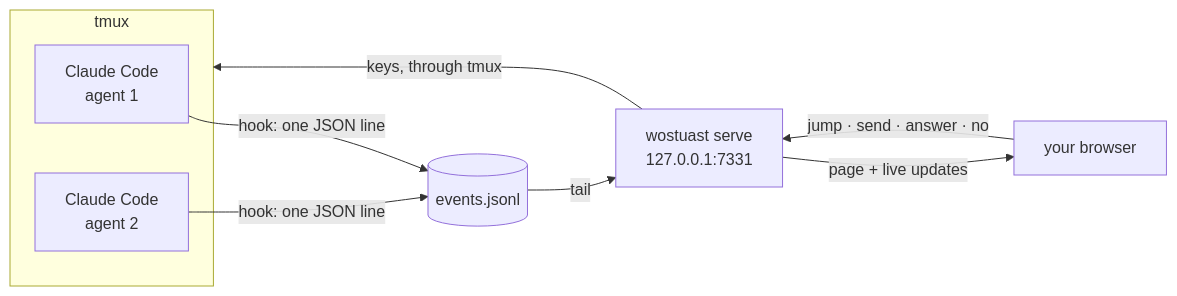
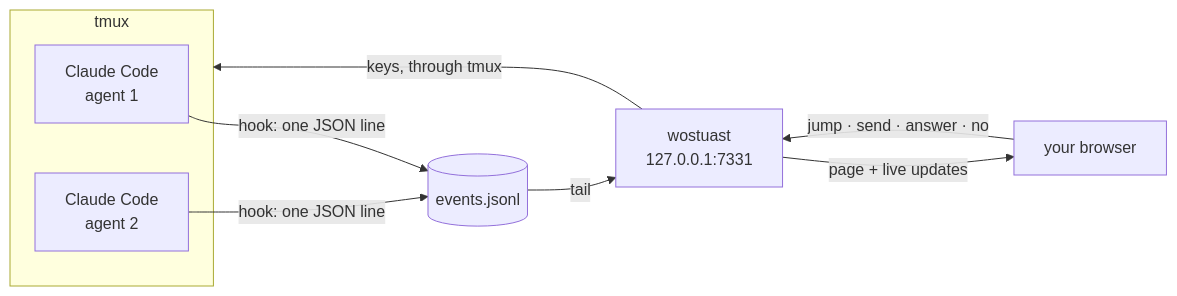
One commit to martinus/wostuast changed the diagram in README.md. Above: the diagram before and after it, drawn with Mermaid. The commit also changed other lines of this file and 7 other files, not shown here.

````diff
--- a/README.md
+++ b/README.md
@@ -95,13 +95,13 @@
 ```mermaid
 flowchart LR
     subgraph tmux["tmux"]
         A1["Claude Code<br/>agent 1"]
         A2["Claude Code<br/>agent 2"]
     end
     A1 -- "hook: one JSON line" --> L[("events.jsonl")]
     A2 -- "hook: one JSON line" --> L
-    L -- "tail" --> D["wostuast serve<br/>127.0.0.1:7331"]
+    L -- "tail" --> D["wostuast<br/>127.0.0.1:7331"]
     D -- "page + live updates" --> B["your browser"]
     B -- "jump · send · answer · no" --> D
     D -- "keys, through tmux" --> tmux
 ```
````
